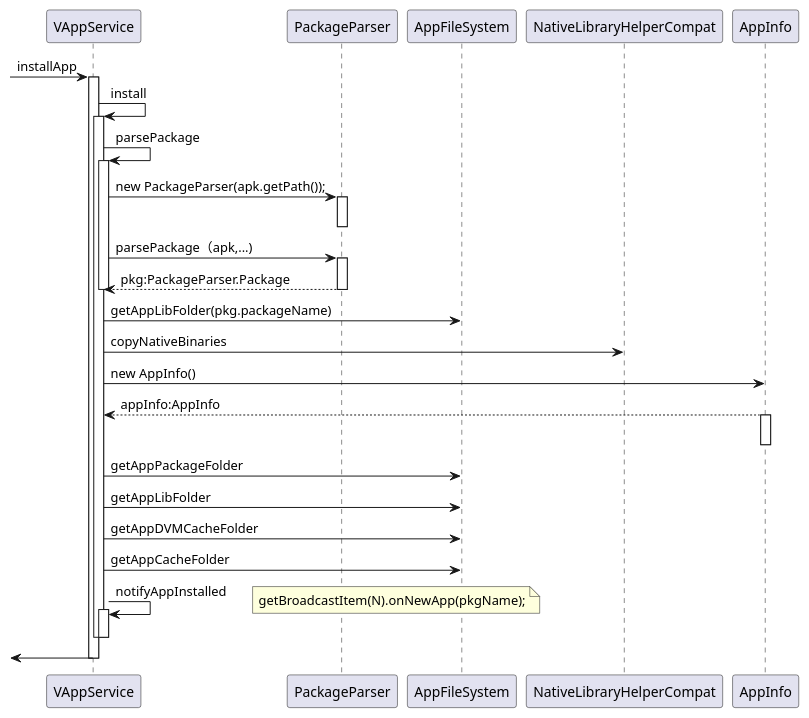
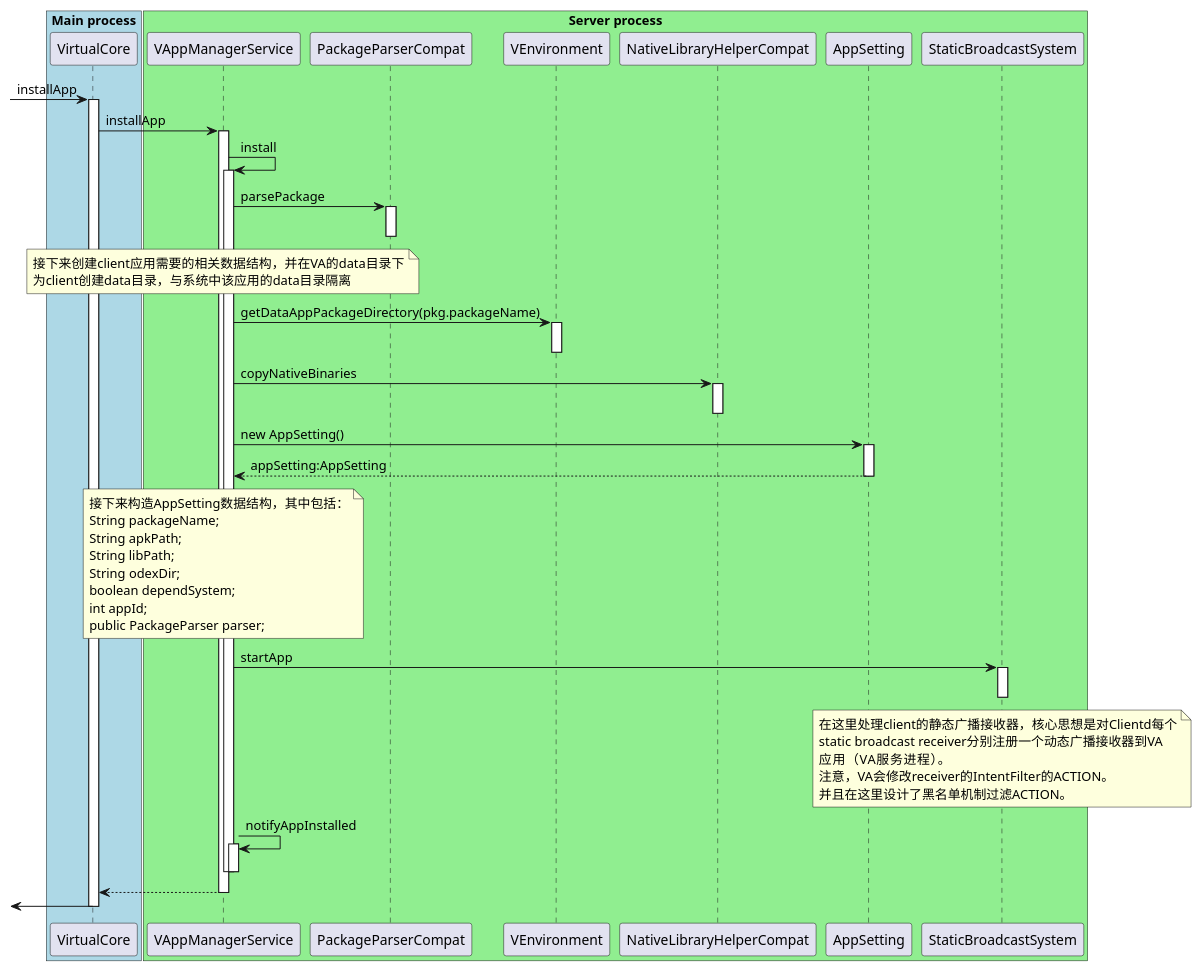
Before and after one commit to prife/VirtualAppDoc: the diagram in VAInstall.puml, drawn with PlantUML. The commit also changed 2 other files, not shown here.

Commit message:
update VAInstall, and add static broadcast

```diff
--- a/VAInstall.puml
+++ b/VAInstall.puml
@@ -1,45 +1,80 @@
 @startuml
-[-> VAppService : installApp
-activate VAppService
 
-VAppService -> VAppService: install
+box "Main process" #LightBlue
+	participant VirtualCore
+end box
 
-activate VAppService
-VAppService -> VAppService : parsePackage
+box "Server process" #LightGreen
+	participant VAppManagerService
+	participant PackageParserCompat
+	participant VEnvironment
+	participant NativeLibraryHelperCompat
+	participant AppSetting
+	participant StaticBroadcastSystem
+end box
 
-activate VAppService
-VAppService -> PackageParser : new PackageParser(apk.getPath());
-activate PackageParser
-deactivate PackageParser
+[-> VirtualCore : installApp
+activate VirtualCore
 
-VAppService -> PackageParser : parsePackage（apk,...)
-activate PackageParser
-VAppService <-- PackageParser : pkg:PackageParser.Package
-deactivate PackageParser
+VirtualCore -> VAppManagerService : installApp
+activate VAppManagerService
 
+    VAppManagerService -> VAppManagerService: install
+    activate VAppManagerService
+        VAppManagerService -> PackageParserCompat : parsePackage
+        activate PackageParserCompat
+        deactivate PackageParserCompat
 
+        note over VAppManagerService
+        接下来创建client应用需要的相关数据结构，并在VA的data目录下
+        为client创建data目录，与系统中该应用的data目录隔离
+        endnote
 
-deactivate VAppService
+        VAppManagerService -> VEnvironment : getDataAppPackageDirectory(pkg.packageName)
+        activate VEnvironment
+        deactivate VEnvironment
 
-VAppService -> AppFileSystem : getAppLibFolder(pkg.packageName)
-VAppService -> NativeLibraryHelperCompat : copyNativeBinaries
+        VAppManagerService -> NativeLibraryHelperCompat : copyNativeBinaries
+        activate NativeLibraryHelperCompat
+        deactivate NativeLibraryHelperCompat
 
-VAppService -> AppInfo : new AppInfo()
-VAppService <-- AppInfo : appInfo:AppInfo
-activate AppInfo
-deactivate AppInfo
+        VAppManagerService -> AppSetting : new AppSetting()
+        activate AppSetting
+        VAppManagerService <-- AppSetting : appSetting:AppSetting
 
-VAppService -> AppFileSystem : getAppPackageFolder
-VAppService -> AppFileSystem : getAppLibFolder
-VAppService -> AppFileSystem : getAppDVMCacheFolder
-VAppService -> AppFileSystem : getAppCacheFolder
+        note over VAppManagerService
+        接下来构造AppSetting数据结构，其中包括：
+        String packageName;
+        String apkPath;
+        String libPath;
+        String odexDir;
+        boolean dependSystem;
+        int appId;
+        public PackageParser parser;
+        endnote
 
-VAppService -> VAppService : notifyAppInstalled
-activate VAppService
-note right : getBroadcastItem(N).onNewApp(pkgName);
-deactivate VAppService
+        deactivate AppSetting
 
-deactivate VAppService
-[<- VAppService :
-deactivate VAppService
+        VAppManagerService -> StaticBroadcastSystem : startApp
+        note over StaticBroadcastSystem
+        在这里处理client的静态广播接收器，核心思想是对Clientd每个
+        static broadcast receiver分别注册一个动态广播接收器到VA
+        应用（VA服务进程）。
+        注意，VA会修改receiver的IntentFilter的ACTION。
+        并且在这里设计了黑名单机制过滤ACTION。
+        endnote
+        activate StaticBroadcastSystem
+        deactivate StaticBroadcastSystem
+
+        VAppManagerService -> VAppManagerService : notifyAppInstalled
+        activate VAppManagerService
+        deactivate VAppManagerService
+
+    deactivate VAppManagerService
+
+VirtualCore <-- VAppManagerService
+deactivate VAppManagerService
+
+[<- VirtualCore
+deactivate VirtualCore
 @enduml
```
